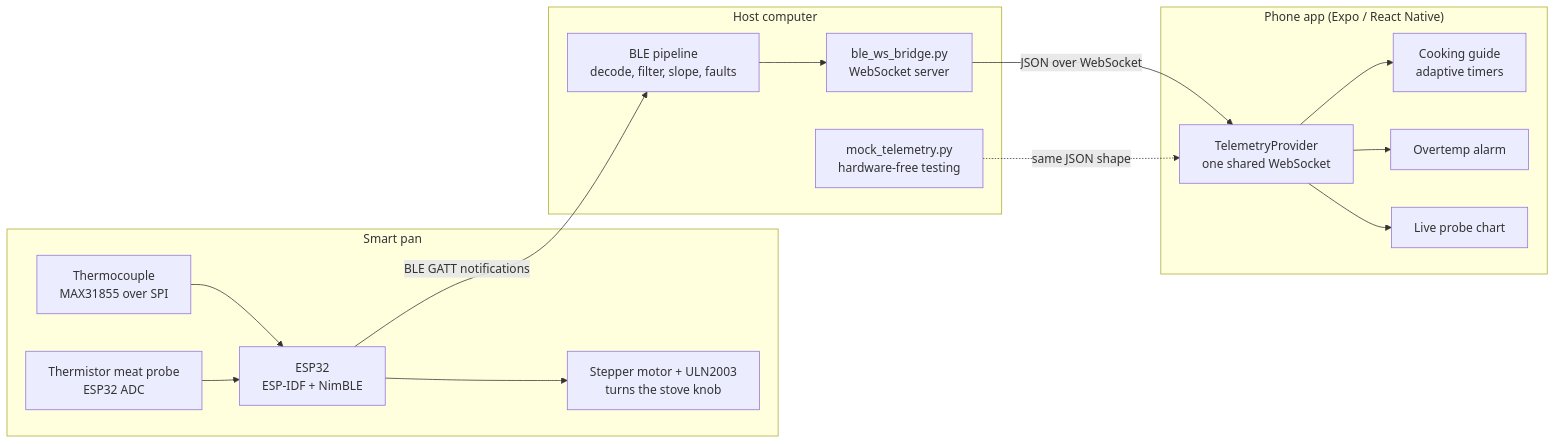
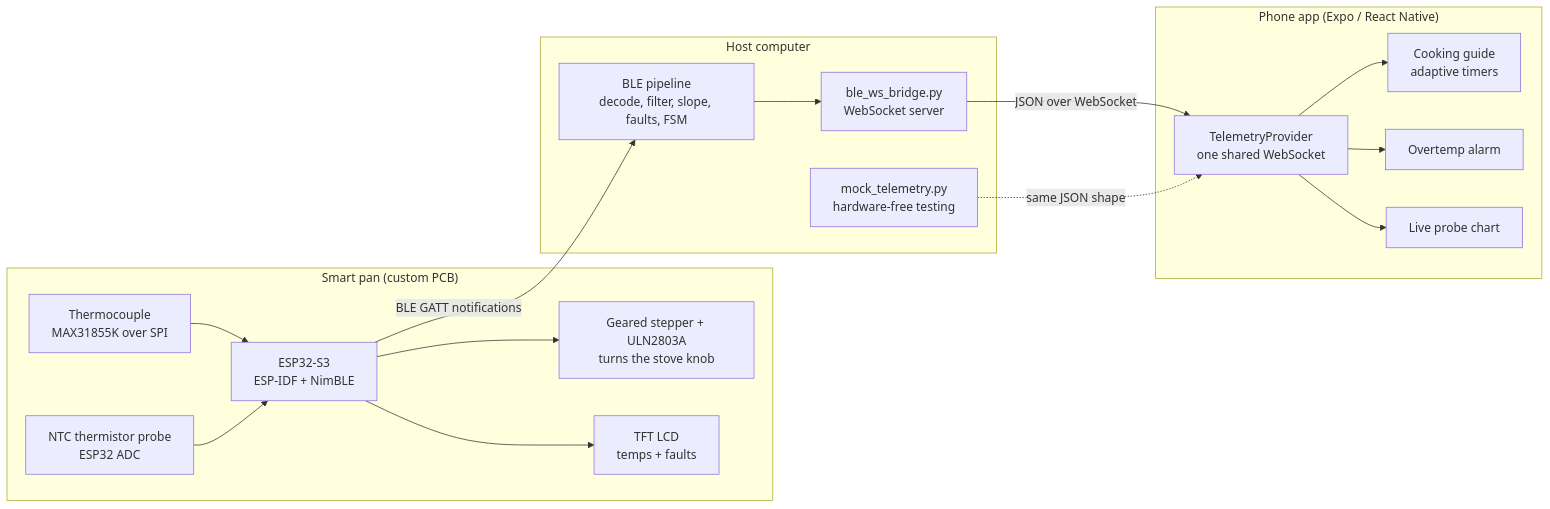
The first of 2 diagrams in README.md (ranand3385/SmartSear-Senior-Design), drawn with Mermaid before and after one commit. The commit also changed other lines of this file and 19 other files, not shown here.

````diff
--- a/README.md
+++ b/README.md
@@ -20,33 +41,35 @@
 ```mermaid
 flowchart LR
-    subgraph pan["Smart pan"]
-        tc["Thermocouple<br/>MAX31855 over SPI"]
-        probe["Thermistor meat probe<br/>ESP32 ADC"]
-        esp["ESP32<br/>ESP-IDF + NimBLE"]
-        stepper["Stepper motor + ULN2003<br/>turns the stove knob"]
+    subgraph pan["Smart pan (custom PCB)"]
+        tc["Thermocouple<br/>MAX31855K over SPI"]
+        probe["NTC thermistor probe<br/>ESP32 ADC"]
+        esp["ESP32-S3<br/>ESP-IDF + NimBLE"]
+        stepper["Geared stepper + ULN2803A<br/>turns the stove knob"]
+        lcd["TFT LCD<br/>temps + faults"]
     end
 
     subgraph host["Host computer"]
-        pipeline["BLE pipeline<br/>decode, filter, slope, faults"]
+        pipeline["BLE pipeline<br/>decode, filter, slope, faults, FSM"]
         bridge["ble_ws_bridge.py<br/>WebSocket server"]
         mock["mock_telemetry.py<br/>hardware-free testing"]
     end
 
     subgraph phone["Phone app (Expo / React Native)"]
         provider["TelemetryProvider<br/>one shared WebSocket"]
         guide["Cooking guide<br/>adaptive timers"]
         alarm["Overtemp alarm"]
         chart["Live probe chart"]
     end
 
     tc --> esp
     probe --> esp
     esp --> stepper
+    esp --> lcd
     esp -->|"BLE GATT notifications"| pipeline
     pipeline --> bridge
     bridge -->|"JSON over WebSocket"| provider
     mock -.->|"same JSON shape"| provider
     provider --> guide
     provider --> alarm
     provider --> chart
 ```
````
